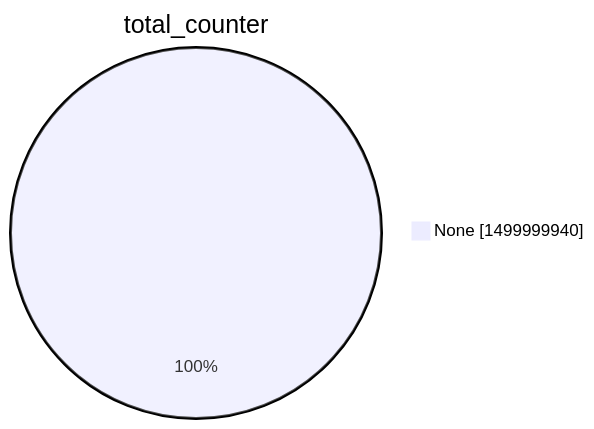
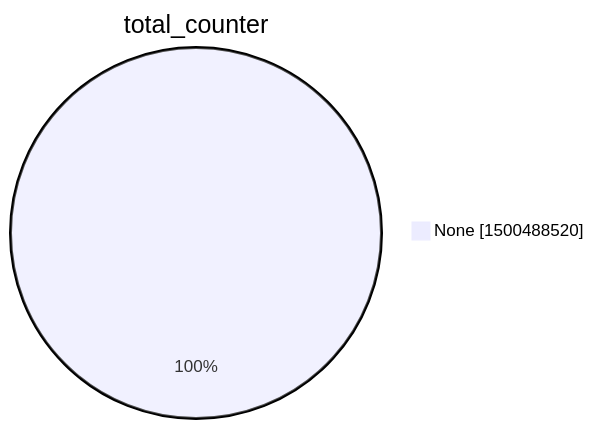
One commit to christiankrug/ctmonitor_visualization changed the second of 15 diagrams in xenon2022/README.md. Above: the diagram before and after it, drawn with Mermaid. The commit also changed other lines of this file, not shown here.

````diff
--- a/xenon2022/README.md
+++ b/xenon2022/README.md
@@ -9,5 +9,5 @@
 ```mermaid
 pie showData
 title total_counter
-"None" :1499999940
+"None" :1500488520
 ```
````
